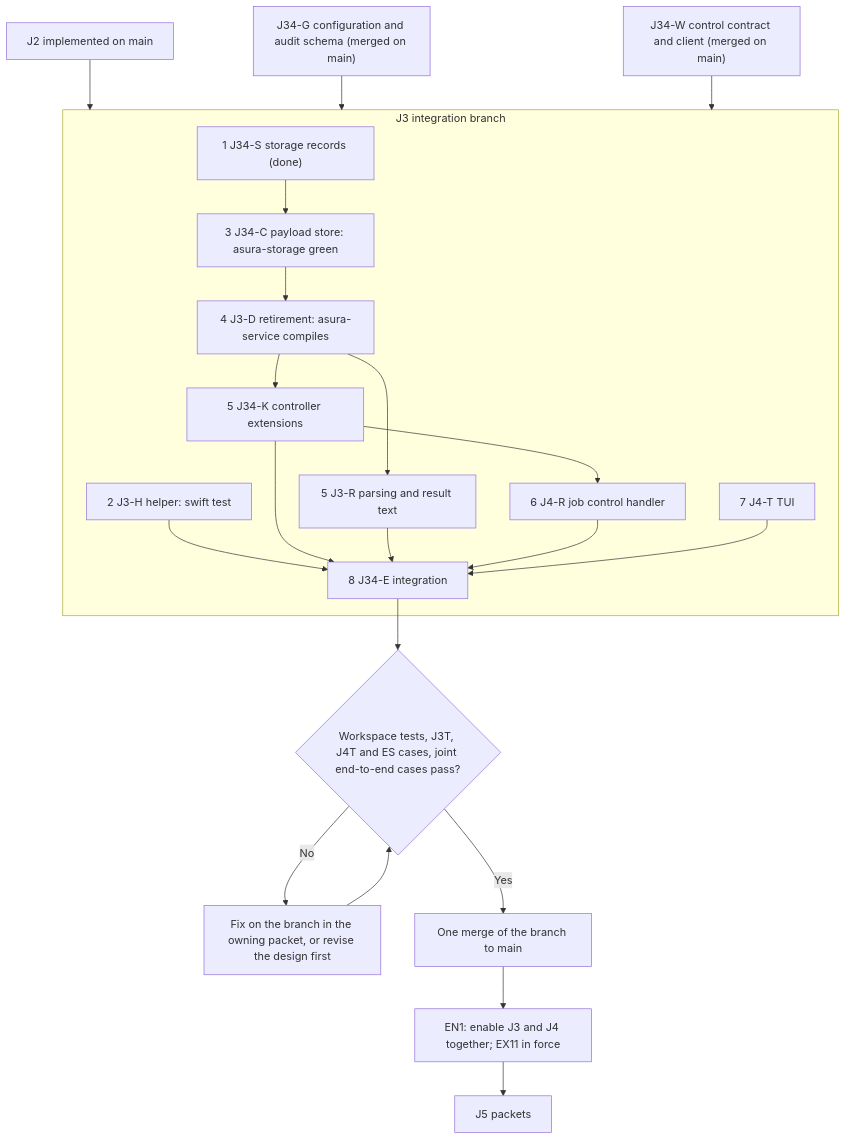
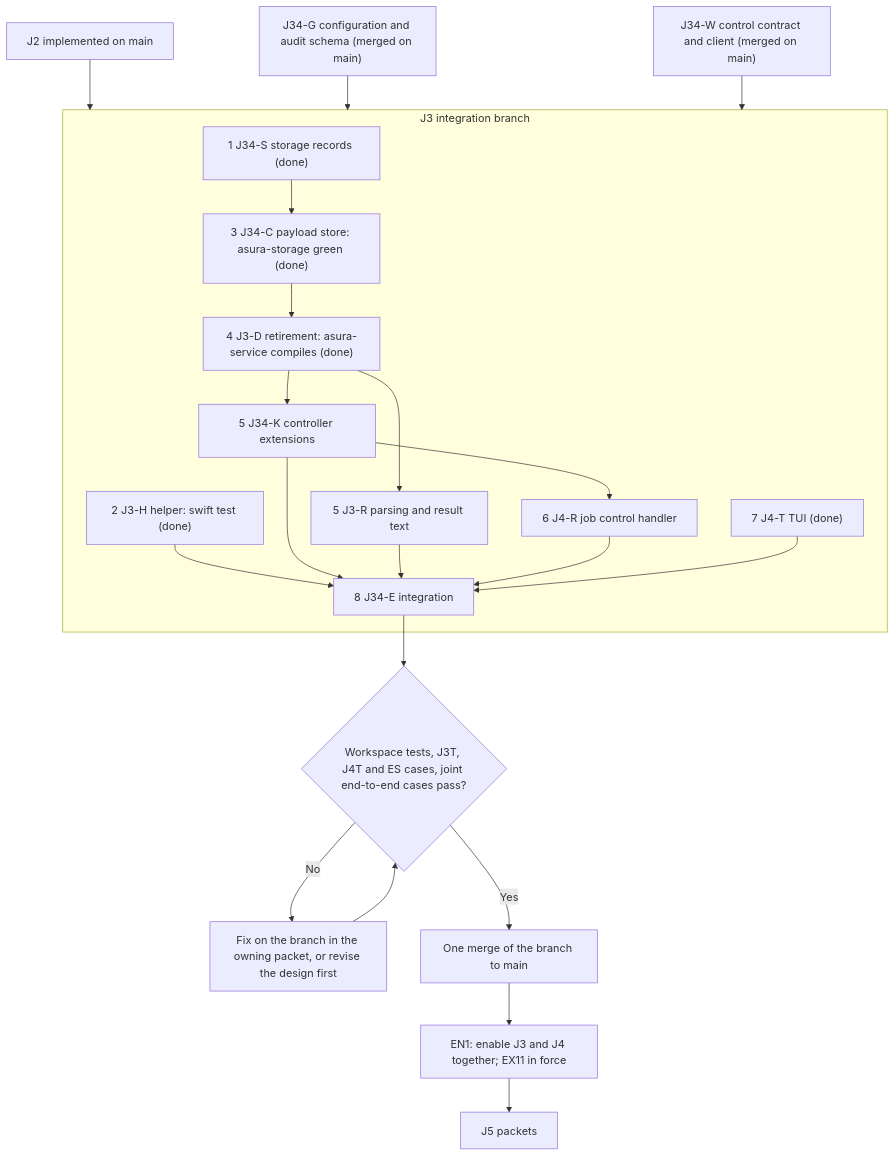
Before and after one commit to pidster/asura: diagram 23 of 25 in docs/designs/tool-job-controller.md, drawn with Mermaid. The commit also changed other lines of this file and 7 other files, not shown here.

````diff
--- a/docs/designs/tool-job-controller.md
+++ b/docs/designs/tool-job-controller.md
@@ -4731,33 +5120,33 @@
 ```mermaid
 flowchart TD
     J2["J2 implemented on main"] --> Branch
     G["J34-G configuration and audit schema (merged on main)"] --> Branch
     W["J34-W control contract and client (merged on main)"] --> Branch
     subgraph Branch["J3 integration branch"]
         S["1 J34-S storage records (done)"]
-        H["2 J3-H helper: swift test"]
-        C["3 J34-C payload store: asura-storage green"]
-        D["4 J3-D retirement: asura-service compiles"]
+        H["2 J3-H helper: swift test (done)"]
+        C["3 J34-C payload store: asura-storage green (done)"]
+        D["4 J3-D retirement: asura-service compiles (done)"]
         K["5 J34-K controller extensions"]
         R["5 J3-R parsing and result text"]
         CR["6 J4-R job control handler"]
-        T["7 J4-T TUI"]
+        T["7 J4-T TUI (done)"]
         E["8 J34-E integration"]
         S --> C
         C --> D
         D --> K
         D --> R
         K --> CR
         H --> E
         K --> E
         R --> E
         CR --> E
         T --> E
     end
     E --> Gate{"Workspace tests, J3T, J4T and ES cases, joint end-to-end cases pass?"}
     Gate -->|No| Fix["Fix on the branch in the owning packet, or revise the design first"]
     Fix --> Gate
     Gate -->|Yes| Merge["One merge of the branch to main"]
     Merge --> Enable["EN1: enable J3 and J4 together; EX11 in force"]
     Enable --> J5["J5 packets"]
 ```
````
